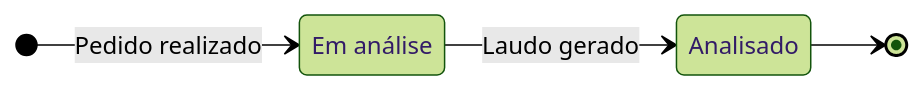
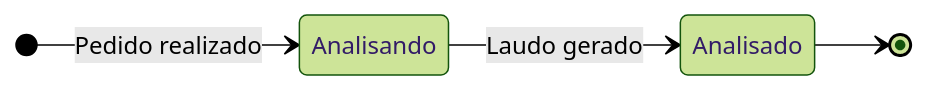
One commit to UniFil-NPI/ProjetoAnalisesClinicas changed the diagram in docs/diagramas_de_estado/UC002_gerenciar_pedido_do_exame.md. Above: the diagram before and after it, drawn with Mermaid (forest theme). The commit also changed 6 other files, not shown here.

````diff
--- a/docs/diagramas_de_estado/UC002_gerenciar_pedido_do_exame.md
+++ b/docs/diagramas_de_estado/UC002_gerenciar_pedido_do_exame.md
@@ -2,8 +2,7 @@
 ```mermaid
 stateDiagram-v2
     direction LR
-    [*] --> em_analise: Pedido realizado
-    em_analise: Em análise
-    em_analise --> Analisado: Laudo gerado
+    [*] --> Analisando: Pedido realizado
+    Analisando --> Analisado: Laudo gerado
     Analisado --> [*]
 ```
````
